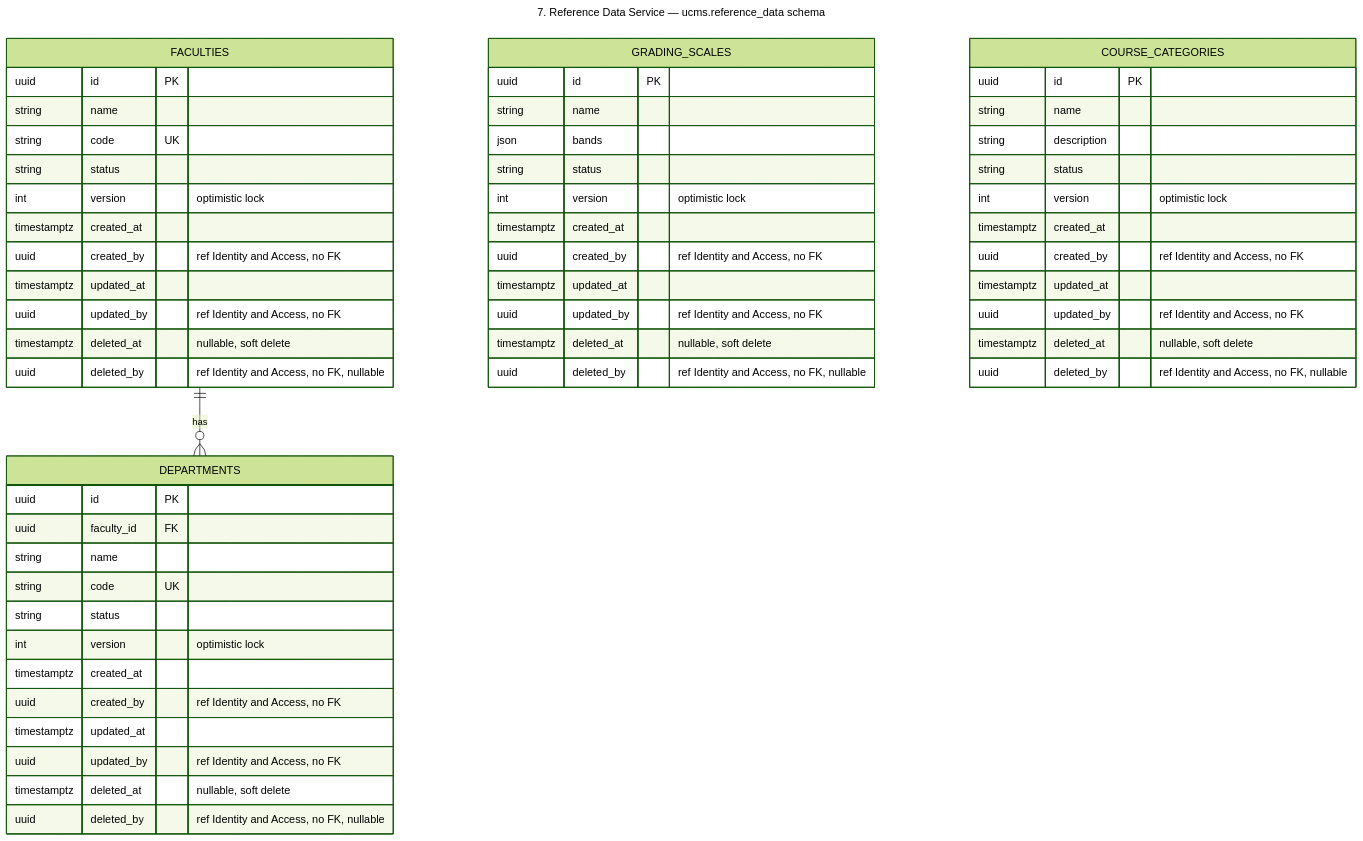
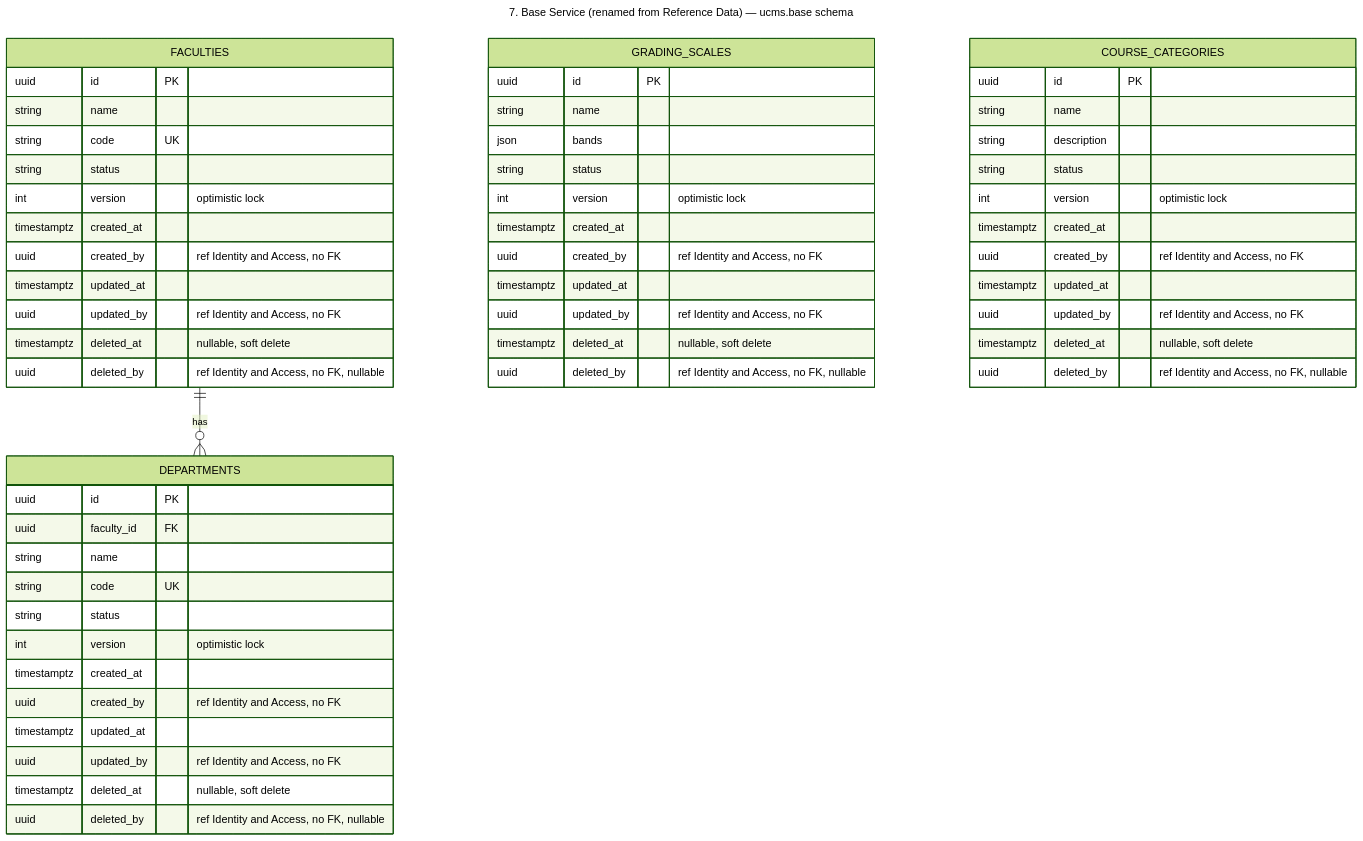
Before and after one commit to ESD-ONE/University-Course-Management-System: the diagram in docs/architecture/tables-07-reference-data.mmd, drawn with Mermaid (forest theme). The commit also changed 543 other files, not shown here.

```diff
--- a/docs/architecture/tables-07-reference-data.mmd
+++ b/docs/architecture/tables-07-reference-data.mmd
@@ -1,59 +1,59 @@
 ---
-title: 7. Reference Data Service — ucms.reference_data schema
+title: 7. Base Service (renamed from Reference Data) — ucms.base schema
 ---
 erDiagram
     FACULTIES {
         uuid id PK
         string name
         string code UK
         string status
         int version "optimistic lock"
         timestamptz created_at
         uuid created_by "ref Identity and Access, no FK"
         timestamptz updated_at
         uuid updated_by "ref Identity and Access, no FK"
         timestamptz deleted_at "nullable, soft delete"
         uuid deleted_by "ref Identity and Access, no FK, nullable"
     }
     DEPARTMENTS {
         uuid id PK
         uuid faculty_id FK
         string name
         string code UK
         string status
         int version "optimistic lock"
         timestamptz created_at
         uuid created_by "ref Identity and Access, no FK"
         timestamptz updated_at
         uuid updated_by "ref Identity and Access, no FK"
         timestamptz deleted_at "nullable, soft delete"
         uuid deleted_by "ref Identity and Access, no FK, nullable"
     }
     GRADING_SCALES {
         uuid id PK
         string name
         json bands
         string status
         int version "optimistic lock"
         timestamptz created_at
         uuid created_by "ref Identity and Access, no FK"
         timestamptz updated_at
         uuid updated_by "ref Identity and Access, no FK"
         timestamptz deleted_at "nullable, soft delete"
         uuid deleted_by "ref Identity and Access, no FK, nullable"
     }
     COURSE_CATEGORIES {
         uuid id PK
         string name
         string description
         string status
         int version "optimistic lock"
         timestamptz created_at
         uuid created_by "ref Identity and Access, no FK"
         timestamptz updated_at
         uuid updated_by "ref Identity and Access, no FK"
         timestamptz deleted_at "nullable, soft delete"
         uuid deleted_by "ref Identity and Access, no FK, nullable"
     }
 
     FACULTIES ||--o{ DEPARTMENTS : "has"
```
